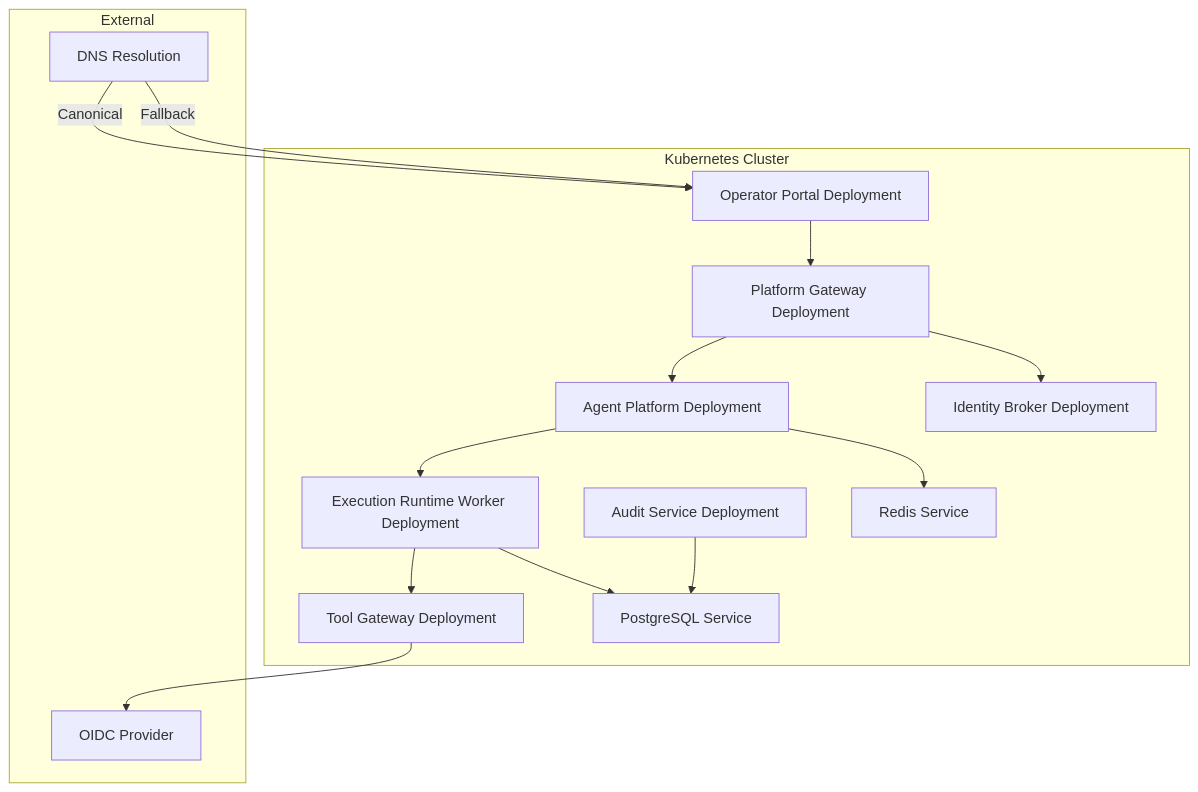
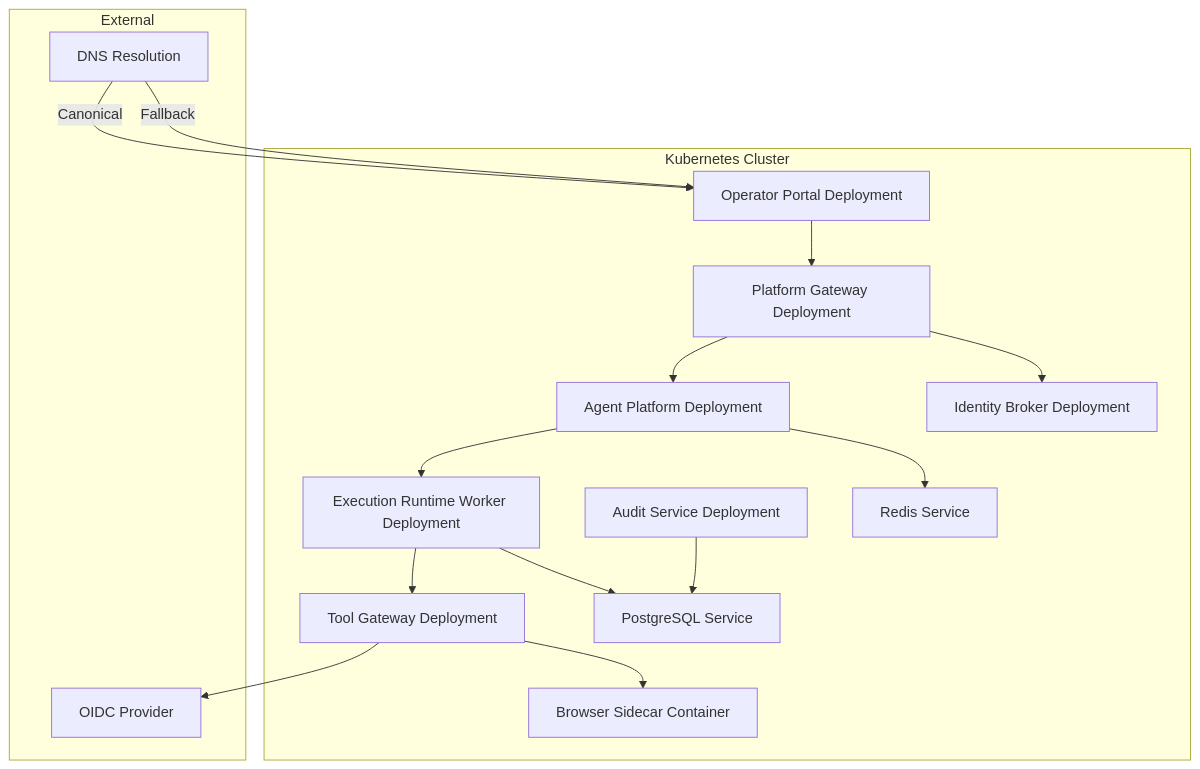
One commit to metasync/luban-aiops changed diagram 11 of 11 in .qoder/repowiki/en/content/Architecture Documentation/Architecture Documentation.md. Above: the diagram before and after it, drawn with Mermaid. The commit also changed other lines of this file and 35 other files, not shown here.

````diff
--- a/.qoder/repowiki/en/content/Architecture Documentation/Architecture Documentation.md
+++ b/.qoder/repowiki/en/content/Architecture Documentation/Architecture Documentation.md
@@ -640,29 +811,31 @@
 ```mermaid
 graph TB
 subgraph "Kubernetes Cluster"
 PGW["Platform Gateway Deployment"]
 TGW["Tool Gateway Deployment"]
 ERW["Execution Runtime Worker Deployment"]
 AG["Agent Platform Deployment"]
 ID["Identity Broker Deployment"]
 UI["Operator Portal Deployment"]
 AS["Audit Service Deployment"]
 REDIS["Redis Service"]
 POSTGRES["PostgreSQL Service"]
+BROWSER["Browser Sidecar Container"]
 end
 subgraph "External"
 OIDC["OIDC Provider"]
 DNS["DNS Resolution"]
 end
 DNS --> |Canonical| UI
 DNS --> |Fallback| UI
 UI --> PGW
 PGW --> AG
 PGW --> ID
 AG --> ERW
 AG --> REDIS
 ERW --> TGW
 ERW --> POSTGRES
 TGW --> OIDC
+TGW --> BROWSER
 AS --> POSTGRES
 ```
````
